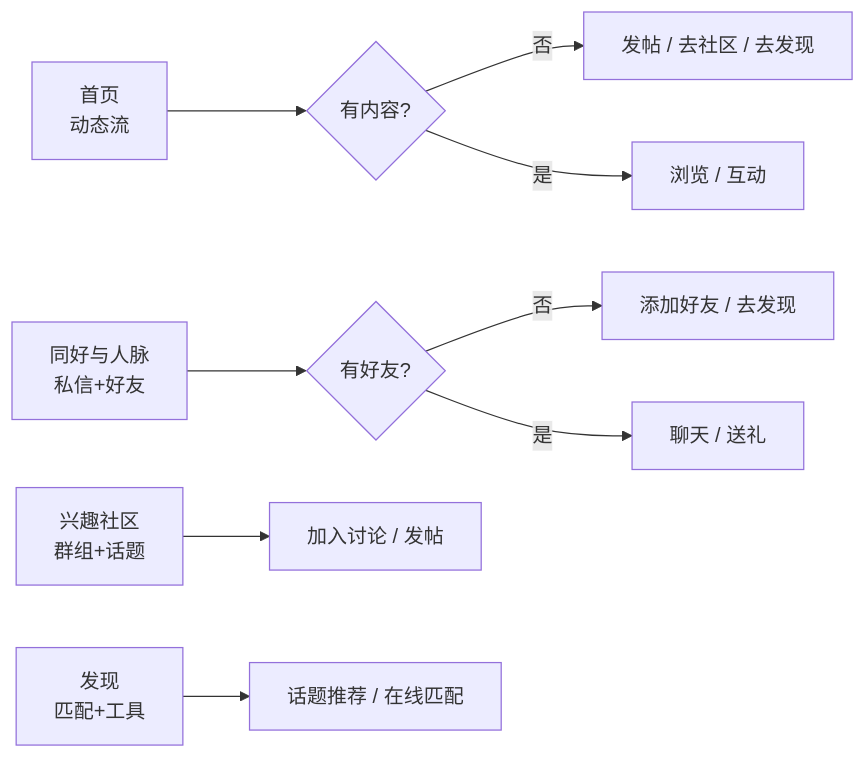
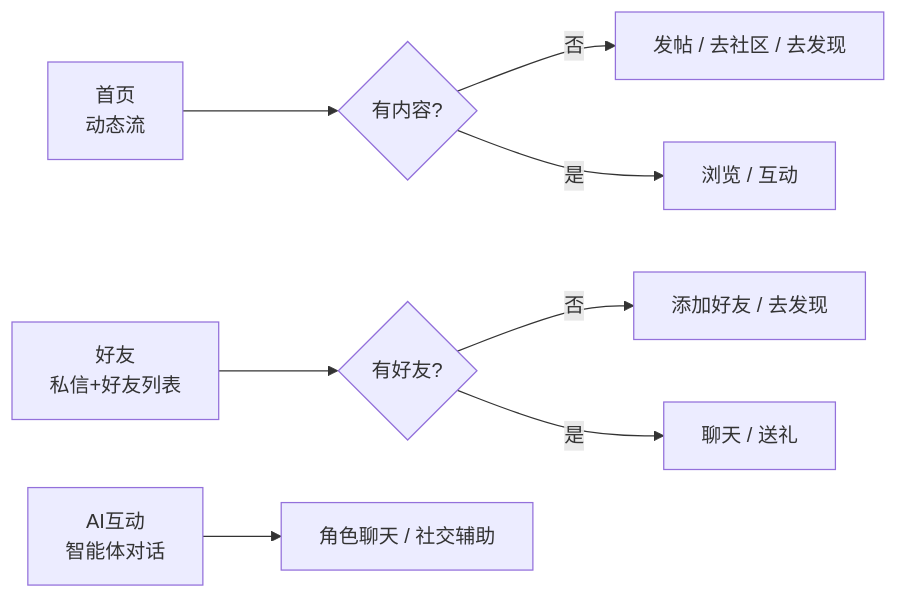
Before and after one commit to xuxinzhi007/moe_social: the first of 2 diagrams in docs/product/IA首屏与空状态设计.md, drawn with Mermaid. The commit also changed other lines of this file and 88 other files, not shown here.

````diff
--- a/docs/product/IA首屏与空状态设计.md
+++ b/docs/product/IA首屏与空状态设计.md
@@ -28,11 +28,10 @@
 ```mermaid
 flowchart LR
   A[首页\n动态流] --> B{有内容?}
   B -->|否| C[发帖 / 去社区 / 去发现]
   B -->|是| D[浏览 / 互动]
-  E[同好与人脉\n私信+好友] --> F{有好友?}
+  E[好友\n私信+好友列表] --> F{有好友?}
   F -->|否| G[添加好友 / 去发现]
   F -->|是| H[聊天 / 送礼]
-  I[兴趣社区\n群组+话题] --> J[加入讨论 / 发帖]
-  K[发现\n匹配+工具] --> L[话题推荐 / 在线匹配]
+  I[AI互动\n智能体对话] --> J[角色聊天 / 社交辅助]
 ```
````
